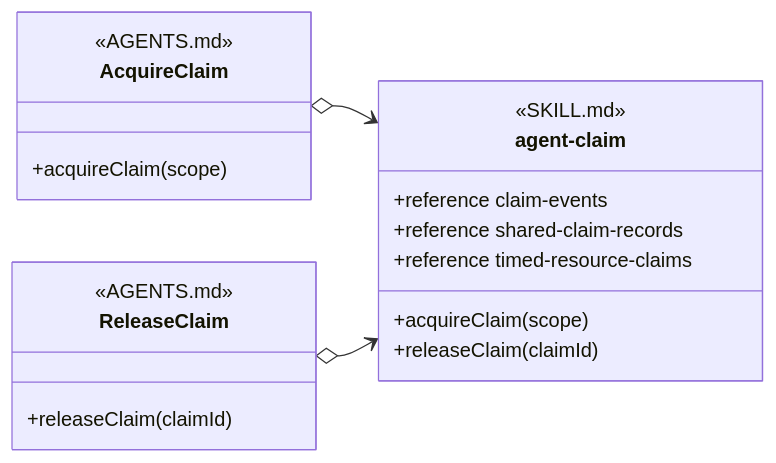
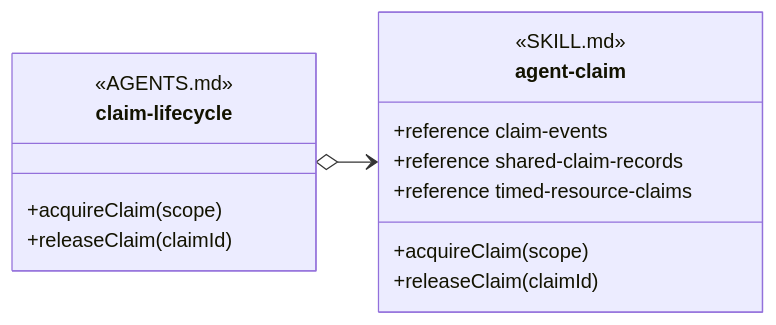
One commit to martinbechard/dev-methodology changed the eighth of 11 diagrams in design/object-oriented-agent-and-skill-model.md. Above: the diagram before and after it, drawn with Mermaid. The commit also changed other lines of this file and 2 other files, not shown here.

````diff
--- a/design/object-oriented-agent-and-skill-model.md
+++ b/design/object-oriented-agent-and-skill-model.md
@@ -432,26 +432,21 @@
 ```mermaid
 classDiagram
     direction LR
 
-    class AcquireClaim {
+    class ClaimLifecycle["claim-lifecycle"] {
         <<AGENTS.md>>
         +acquireClaim(scope)
-    }
-
-    class ReleaseClaim {
-        <<AGENTS.md>>
         +releaseClaim(claimId)
     }
 
     class agent-claim {
         <<SKILL.md>>
         +acquireClaim(scope)
         +releaseClaim(claimId)
         +reference claim-events
         +reference shared-claim-records
         +reference timed-resource-claims
     }
 
-    AcquireClaim o--> agent-claim
-    ReleaseClaim o--> agent-claim
+    ClaimLifecycle o--> agent-claim
 ```
````
